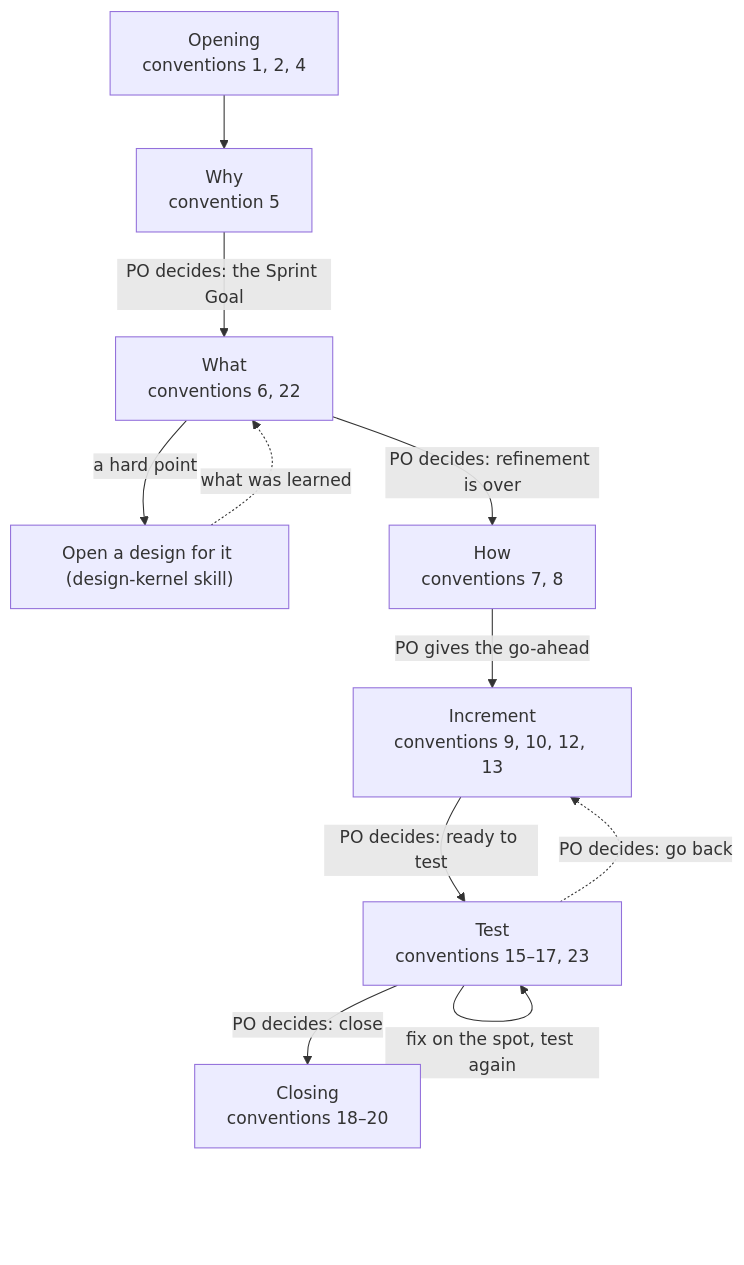
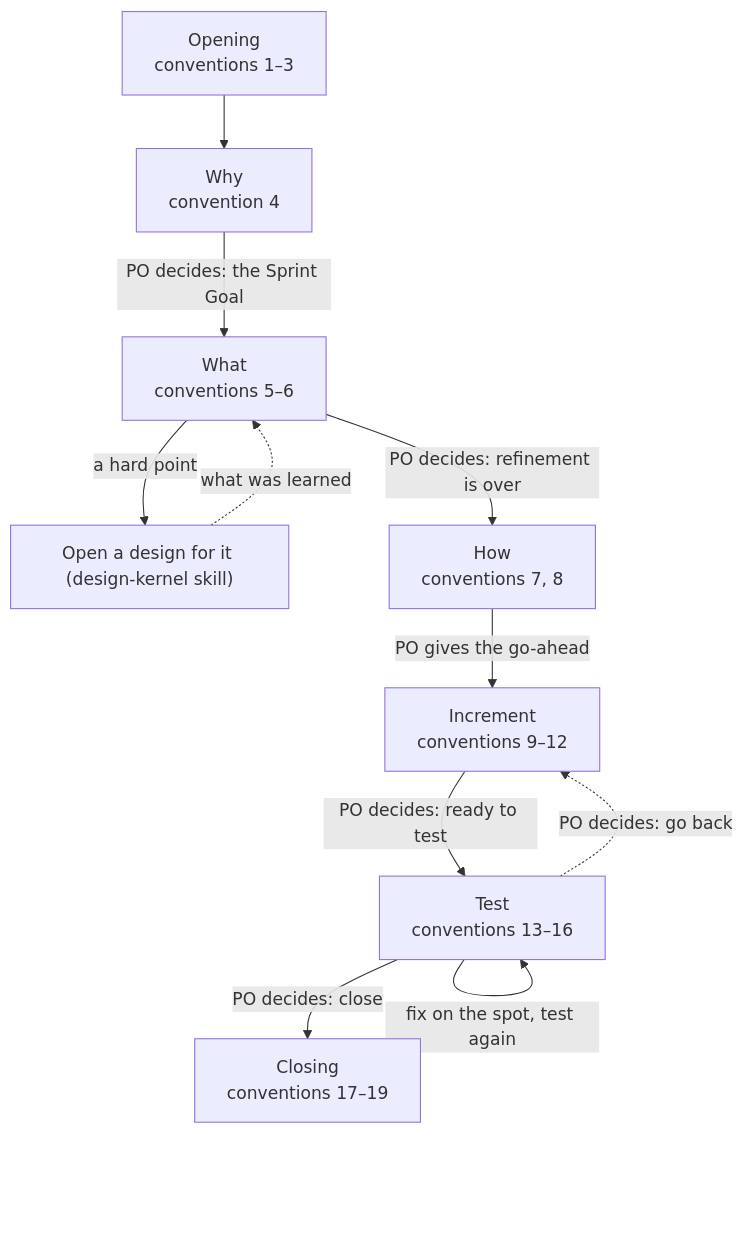
Before and after one commit to seapawn1/IDEO-Scrum: the diagram in plugins/ideo-scrum/skills/scrum-kernel/conventions/sprint-log.md, drawn with Mermaid. The commit also changed other lines of this file and 7 other files, not shown here.

````diff
--- a/plugins/ideo-scrum/skills/scrum-kernel/conventions/sprint-log.md
+++ b/plugins/ideo-scrum/skills/scrum-kernel/conventions/sprint-log.md
@@ -10,13 +10,13 @@
 ```mermaid
 flowchart TD
-    A["Opening<br/>conventions 1, 2, 4"] --> W["Why<br/>convention 5"]
-    W -- "PO decides: the Sprint Goal" --> H["What<br/>conventions 6, 22"]
+    A["Opening<br/>conventions 1–3"] --> W["Why<br/>convention 4"]
+    W -- "PO decides: the Sprint Goal" --> H["What<br/>conventions 5–6"]
     H -- "a hard point" --> D["Open a design for it (design-kernel skill)"]
     D -. "what was learned" .-> H
     H -- "PO decides: refinement is over" --> P["How<br/>conventions 7, 8"]
-    P -- "PO gives the go-ahead" --> I["Increment<br/>conventions 9, 10, 12, 13"]
-    I -- "PO decides: ready to test" --> T["Test<br/>conventions 15–17, 23"]
+    P -- "PO gives the go-ahead" --> I["Increment<br/>conventions 9–12"]
+    I -- "PO decides: ready to test" --> T["Test<br/>conventions 13–16"]
     T -- "fix on the spot, test again" --> T
-    T -- "PO decides: close" --> C["Closing<br/>conventions 18–20"]
+    T -- "PO decides: close" --> C["Closing<br/>conventions 17–19"]
     T -. "PO decides: go back" .-> I
 ```
````
